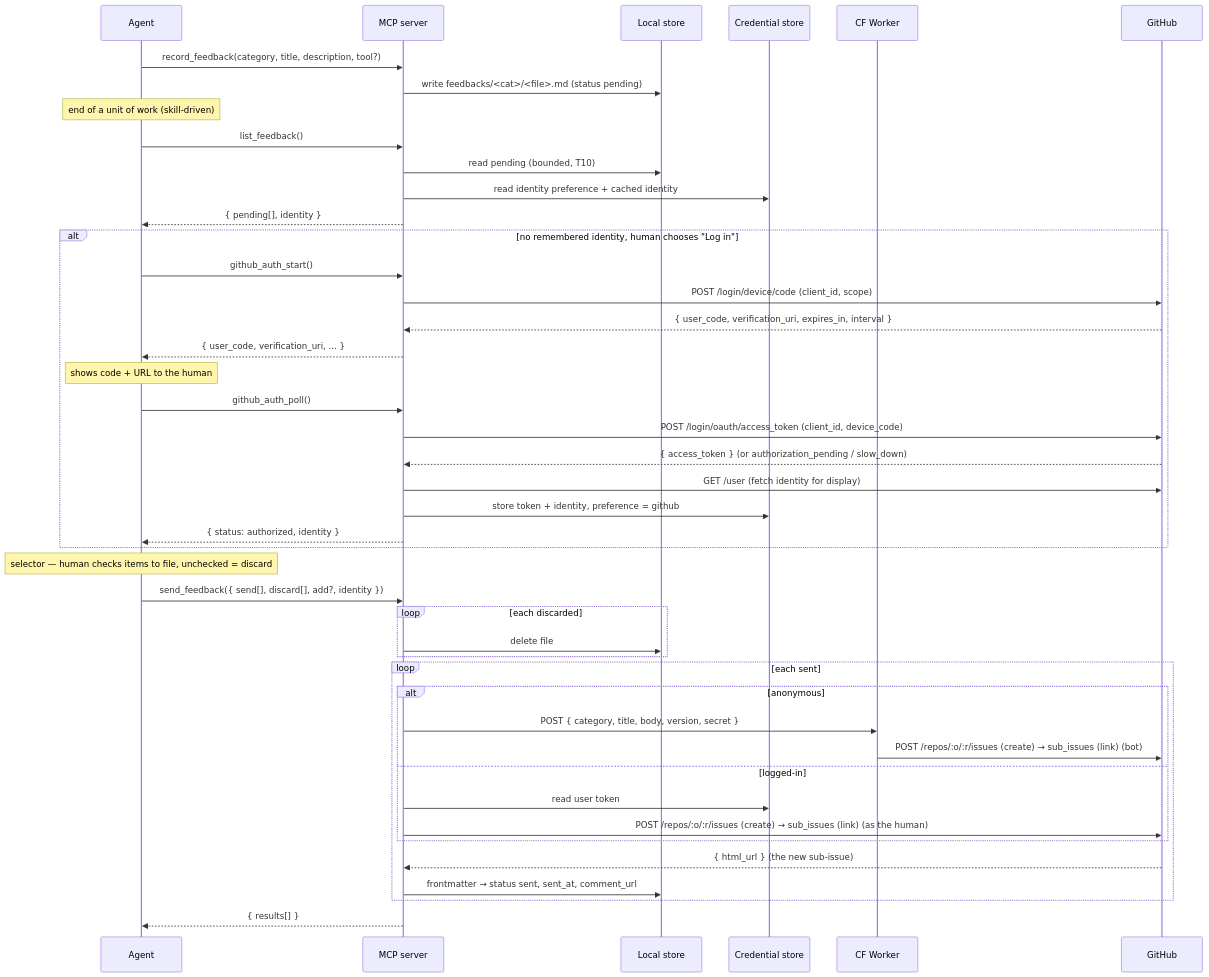
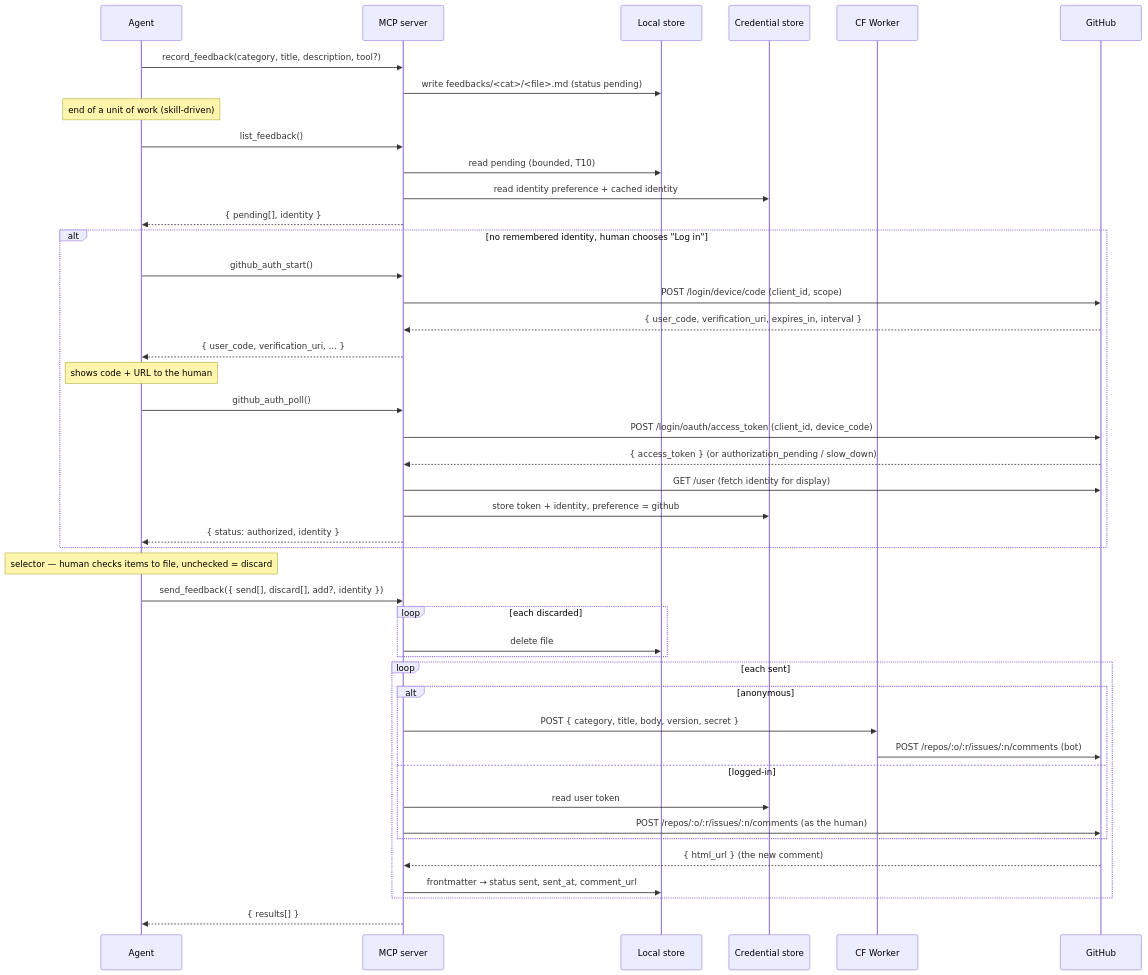
The diagram in docs/specs/feedback-system.md (yleilu/figma-agent-bridge), drawn with Mermaid before and after one commit. The commit also changed other lines of this file and 1 other file, not shown here.

First line of the commit message:
docs(spec): file feedback as comments, not sub-issues

````diff
--- a/docs/specs/feedback-system.md
+++ b/docs/specs/feedback-system.md
@@ -90,50 +89,50 @@
 ```mermaid
 sequenceDiagram
     participant Agent
     participant Server as MCP server
     participant Store as Local store
     participant Cred as Credential store
     participant Worker as CF Worker
     participant GH as GitHub
 
     Agent->>Server: record_feedback(category, title, description, tool?)
     Server->>Store: write feedbacks/<cat>/<file>.md (status pending)
 
     Note over Agent: end of a unit of work (skill-driven)
     Agent->>Server: list_feedback()
     Server->>Store: read pending (bounded, T10)
     Server->>Cred: read identity preference + cached identity
     Server-->>Agent: { pending[], identity }
 
     alt no remembered identity, human chooses "Log in"
         Agent->>Server: github_auth_start()
         Server->>GH: POST /login/device/code (client_id, scope)
         GH-->>Server: { user_code, verification_uri, expires_in, interval }
         Server-->>Agent: { user_code, verification_uri, ... }
         Note over Agent: shows code + URL to the human
         Agent->>Server: github_auth_poll()
         Server->>GH: POST /login/oauth/access_token (client_id, device_code)
         GH-->>Server: { access_token }  (or authorization_pending / slow_down)
         Server->>GH: GET /user  (fetch identity for display)
         Server->>Cred: store token + identity, preference = github
         Server-->>Agent: { status: authorized, identity }
     end
 
     Note over Agent: selector — human checks items to file, unchecked = discard
     Agent->>Server: send_feedback({ send[], discard[], add?, identity })
     loop each discarded
         Server->>Store: delete file
     end
     loop each sent
         alt anonymous
             Server->>Worker: POST { category, title, body, version, secret }
-            Worker->>GH: POST /repos/:o/:r/issues (create) → sub_issues (link) (bot)
+            Worker->>GH: POST /repos/:o/:r/issues/:n/comments (bot)
         else logged-in
             Server->>Cred: read user token
-            Server->>GH: POST /repos/:o/:r/issues (create) → sub_issues (link) (as the human)
+            Server->>GH: POST /repos/:o/:r/issues/:n/comments (as the human)
         end
-        GH-->>Server: { html_url }  (the new sub-issue)
+        GH-->>Server: { html_url }  (the new comment)
         Server->>Store: frontmatter → status sent, sent_at, comment_url
     end
     Server-->>Agent: { results[] }
 ```
````
